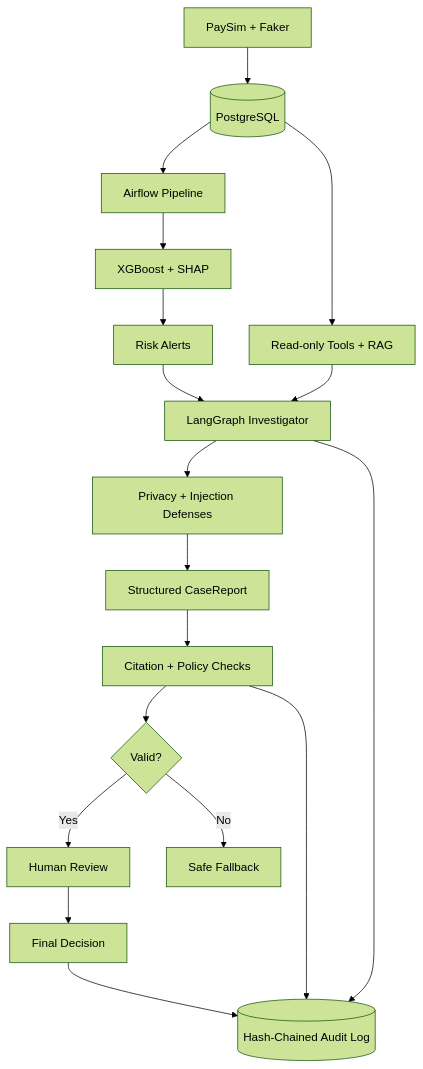
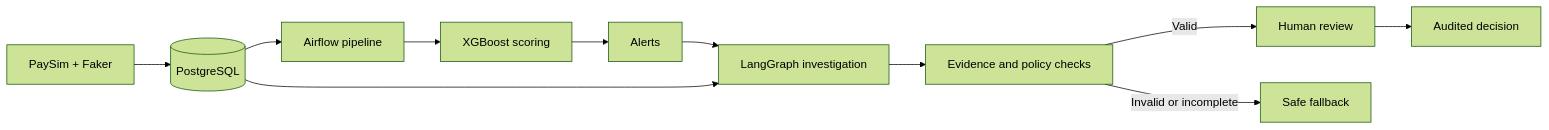
The diagram in README.md (thearyangupta/MuleWatch), drawn with Mermaid (forest theme) before and after one commit. The commit also changed other lines of this file, not shown here.

````diff
--- a/README.md
+++ b/README.md
@@ -26,20 +21,13 @@
 ```mermaid
-flowchart TD
+flowchart LR
     A[PaySim + Faker] --> B[(PostgreSQL)]
-    B --> C[Airflow Pipeline]
-    C --> D[XGBoost + SHAP]
-    D --> E[Risk Alerts]
-    E --> F[LangGraph Investigator]
-    B --> G[Read-only Tools + RAG]
-    G --> F
-    F --> H[Privacy + Injection Defenses]
-    H --> I[Structured CaseReport]
-    I --> J[Citation + Policy Checks]
-    J --> K{Valid?}
-    K -->|Yes| L[Human Review]
-    K -->|No| M[Safe Fallback]
-    L --> N[Final Decision]
-    F --> O[(Hash-Chained Audit Log)]
-    J --> O
-    N --> O
+    B --> C[Airflow pipeline]
+    C --> D[XGBoost scoring]
+    D --> E[Alerts]
+    E --> F[LangGraph investigation]
+    B --> F
+    F --> G[Evidence and policy checks]
+    G -->|Valid| H[Human review]
+    G -->|Invalid or incomplete| I[Safe fallback]
+    H --> J[Audited decision]
 ```
````
